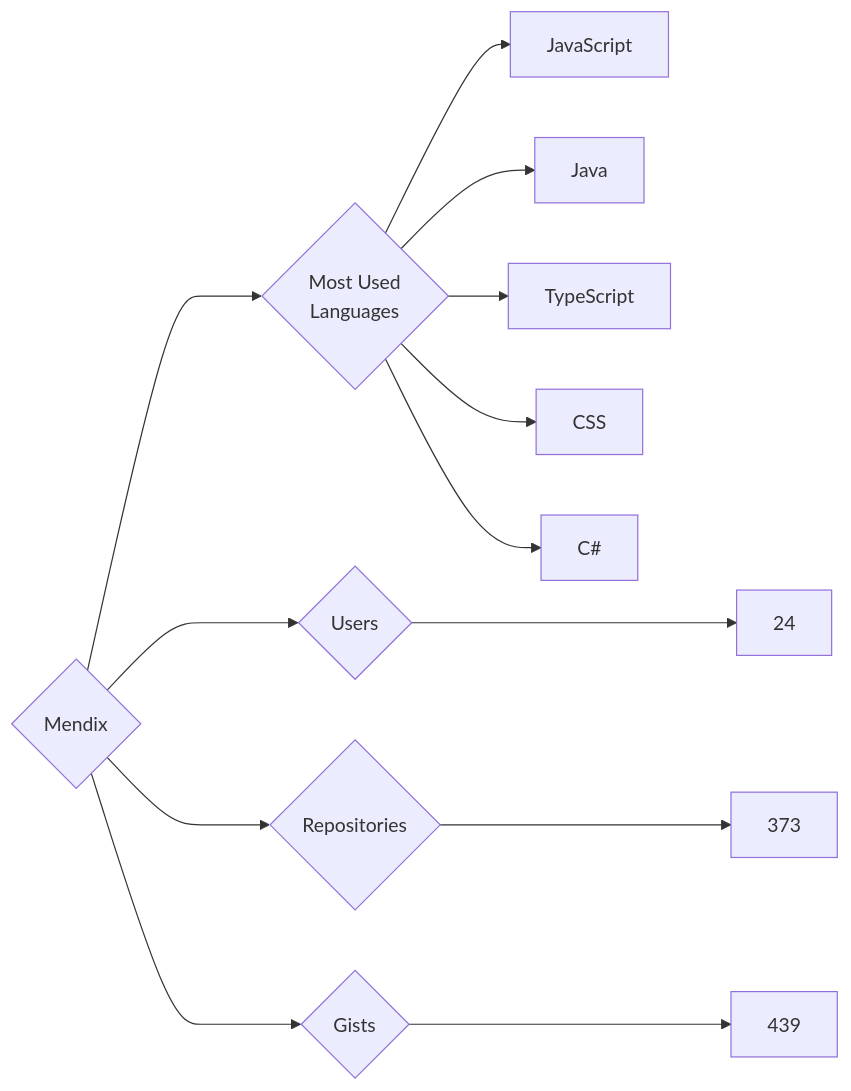
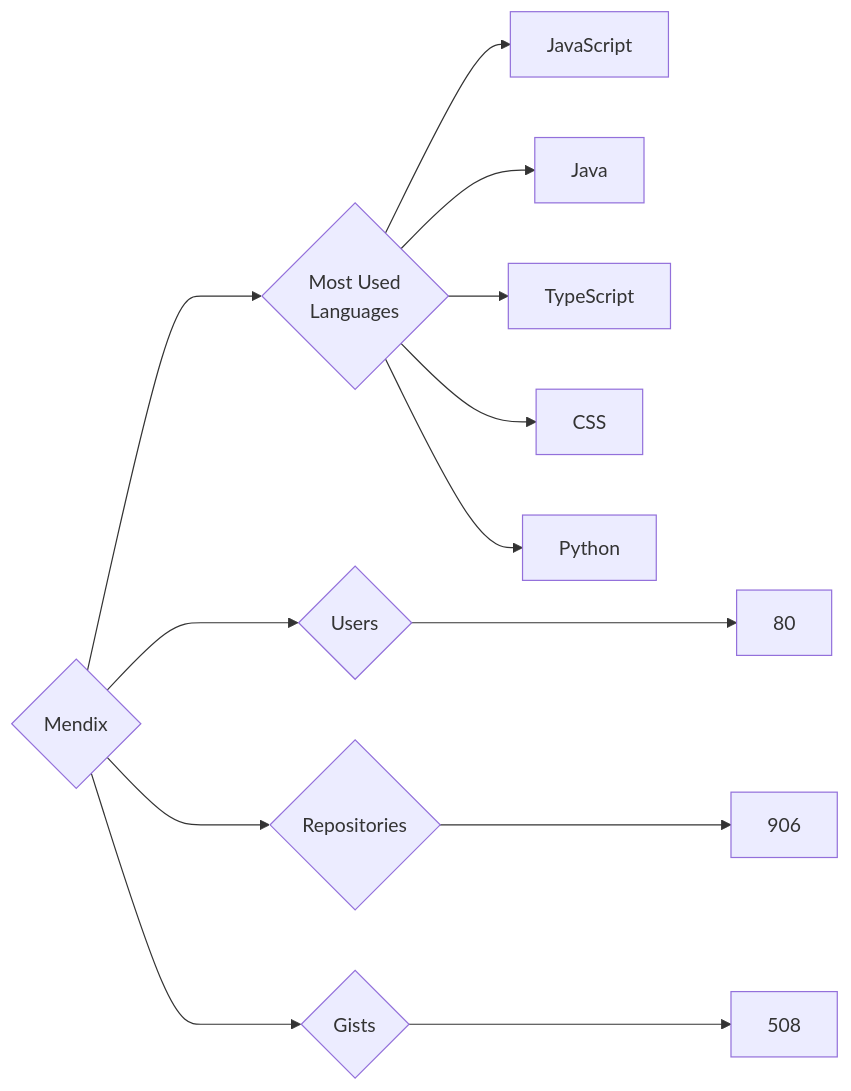
Before and after one commit to trickest/insiders: the diagram in targets/Mendix/README.md, drawn with Mermaid. The commit also changed 1011 other files, not shown here.

````diff
--- a/targets/Mendix/README.md
+++ b/targets/Mendix/README.md
@@ -3,13 +3,13 @@
 ```mermaid
 graph LR
 COMPANY_NAME{Mendix}
-COMPANY_NAME ---> U{Users} ---> UN[24]
-COMPANY_NAME ---> R{Repositories} ---> RN[373]
-COMPANY_NAME ---> G{Gists} ---> GN[439]
+COMPANY_NAME ---> U{Users} ---> UN[80]
+COMPANY_NAME ---> R{Repositories} ---> RN[906]
+COMPANY_NAME ---> G{Gists} ---> GN[508]
 COMPANY_NAME ---> ML{Most Used<br>Languages}
 ML --> JavaScript[JavaScript]
 ML --> Java[Java]
 ML --> TypeScript[TypeScript]
 ML --> CSS[CSS]
-ML --> C#[C#]
+ML --> Python[Python]
 ```
````
